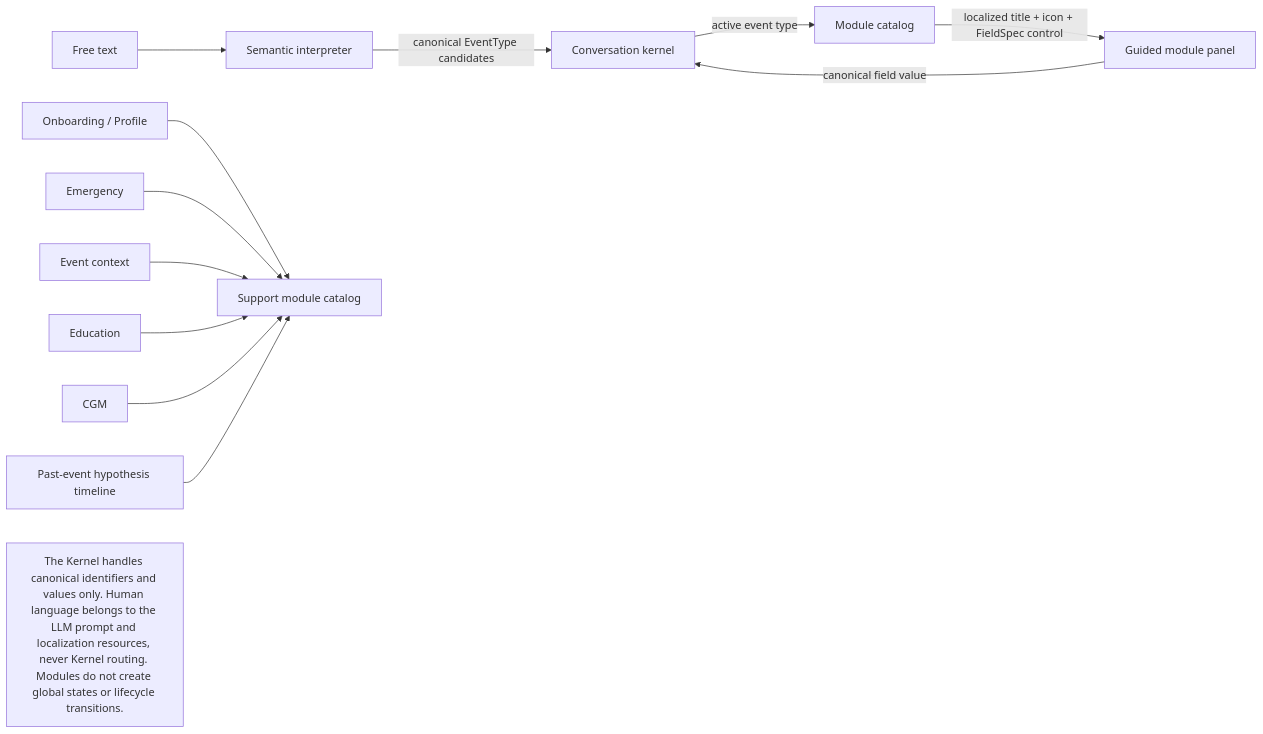
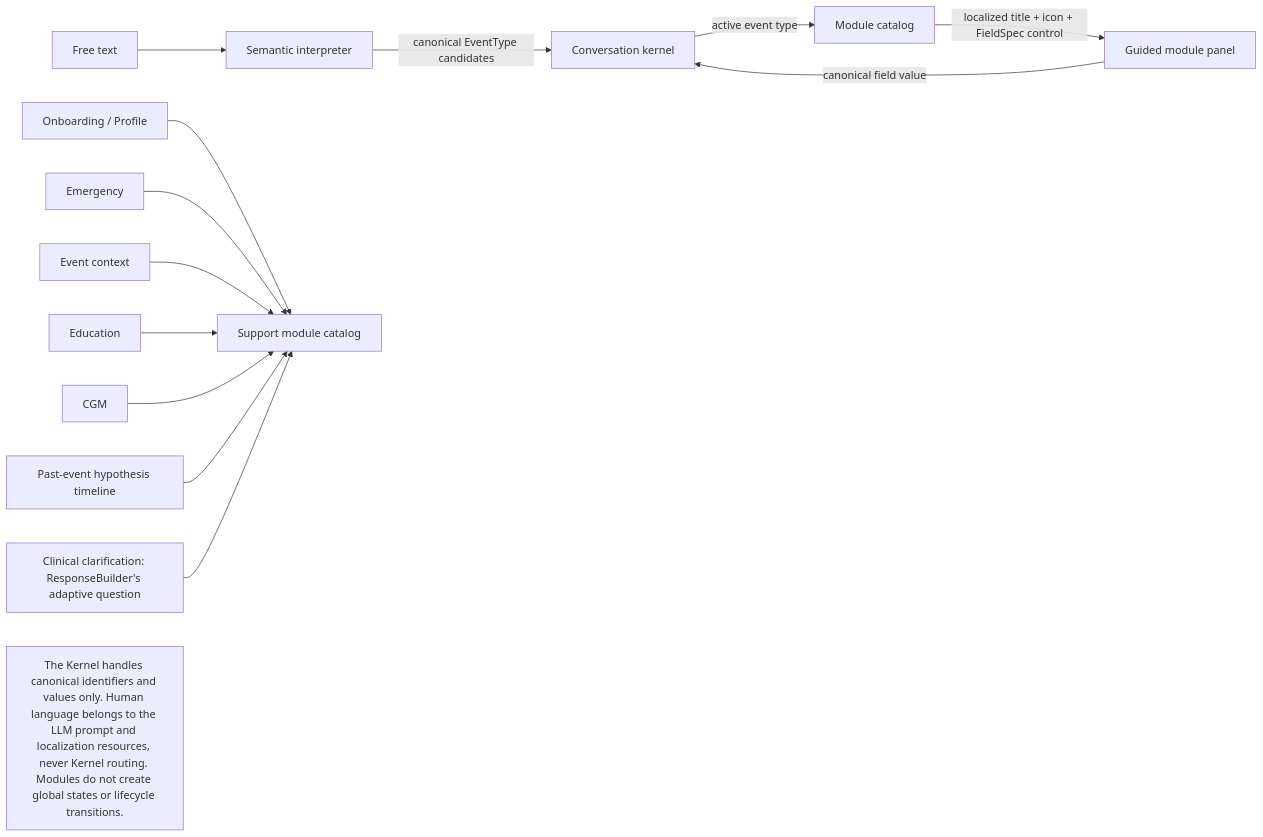
One commit to bioduds/diabot changed the diagram in diabot/docs/fsm/modules.mmd. Above: the diagram before and after it, drawn with Mermaid. The commit also changed 38 other files, not shown here.

First line of the commit message:
DiabAI: Clinical Reasoning Layer (FSM V2, Phases 0-8)

```diff
--- a/diabot/docs/fsm/modules.mmd
+++ b/diabot/docs/fsm/modules.mmd
@@ -1,17 +1,18 @@
-%% fsm-contract: {"guidedEventModules":["glucose","insulin","meal","exercise","illness","ketones","medication","symptoms"],"supportModules":["onboarding","emergency","event-context","profile","education","cgm","timeline"],"moduleIdentity":"canonical-event-type-or-support-id","titleSource":"localized-module-catalog","guidedControls":"field-spec-kind-and-canonical-option-id","semanticRouting":"llm-event-candidates-only","kernelHumanLanguage":false,"globalStateChange":false,"lifecycleChange":false}
+%% fsm-contract: {"guidedEventModules":["glucose","insulin","meal","exercise","illness","ketones","medication","symptoms"],"supportModules":["onboarding","emergency","event-context","profile","education","cgm","timeline","clinical-clarification"],"moduleIdentity":"canonical-event-type-or-support-id","titleSource":"localized-module-catalog","guidedControls":"field-spec-kind-and-canonical-option-id","semanticRouting":"llm-event-candidates-only","kernelHumanLanguage":false,"globalStateChange":false,"lifecycleChange":false}
 %% This contract is checked by test/fsm_mermaid_contract_test.dart.
 flowchart LR
   TEXT[Free text] --> LLM[Semantic interpreter]
   LLM -->|canonical EventType candidates| KERNEL[Conversation kernel]
   KERNEL -->|active event type| CATALOG[Module catalog]
   CATALOG -->|localized title + icon + FieldSpec control| GUIDED[Guided module panel]
   GUIDED -->|canonical field value| KERNEL
 
   PROFILE[Onboarding / Profile] --> SUPPORT[Support module catalog]
   EMERGENCY[Emergency] --> SUPPORT
   CONTEXT[Event context] --> SUPPORT
   EDUCATION[Education] --> SUPPORT
   CGM[CGM] --> SUPPORT
   TIMELINE[Past-event hypothesis timeline] --> SUPPORT
+  CLARIFICATION[Clinical clarification: ResponseBuilder's adaptive question] --> SUPPORT
 
   NOTE[The Kernel handles canonical identifiers and values only. Human language belongs to the LLM prompt and localization resources, never Kernel routing. Modules do not create global states or lifecycle transitions.]
```
